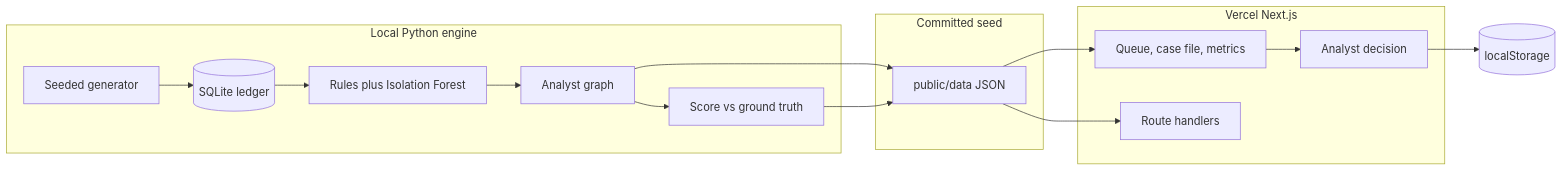
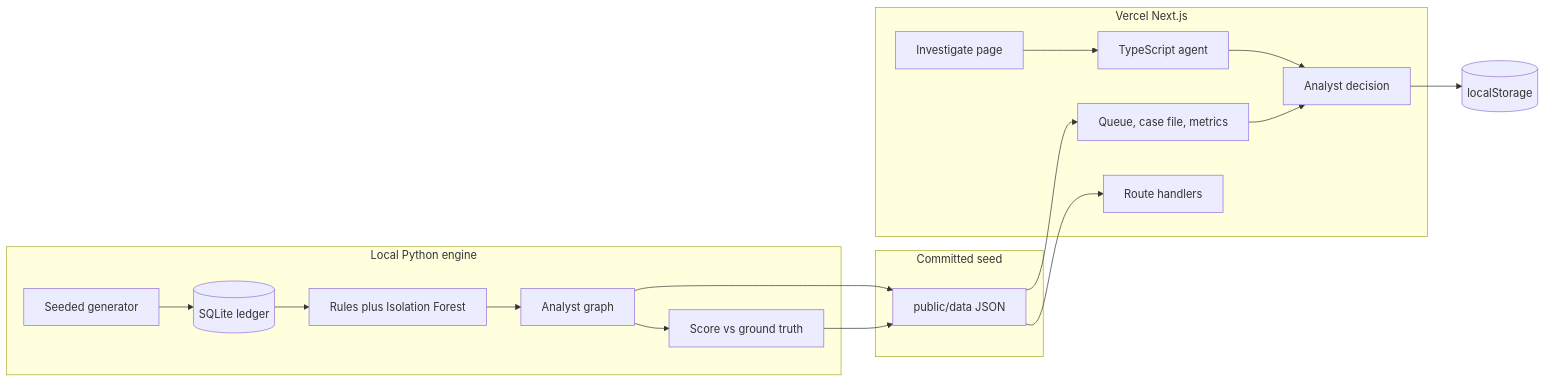
The diagram in README.md (Soham5bagh/fraudlens), drawn with Mermaid before and after one commit. The commit also changed other lines of this file and 16 other files, not shown here.

````diff
--- a/README.md
+++ b/README.md
@@ -57,32 +63,37 @@
 ```mermaid
 flowchart LR
   subgraph local [Local Python engine]
     Gen[Seeded generator]
     DB[(SQLite ledger)]
     Flag[Rules plus Isolation Forest]
     Agent[Analyst graph]
     Metrics[Score vs ground truth]
     Gen --> DB
     DB --> Flag
     Flag --> Agent
     Agent --> Metrics
   end
 
   subgraph shipped [Committed seed]
     JSON[public/data JSON]
   end
 
   Agent --> JSON
   Metrics --> JSON
 
   subgraph vercel [Vercel Next.js]
     UI[Queue, case file, metrics]
+    Live[Investigate page]
+    TS[TypeScript agent]
     API[Route handlers]
     Human[Analyst decision]
   end
+
+  Live --> TS
+  TS --> Human
 
   JSON --> UI
   JSON --> API
   UI --> Human
   Human --> Browser[(localStorage)]
 ```
````
